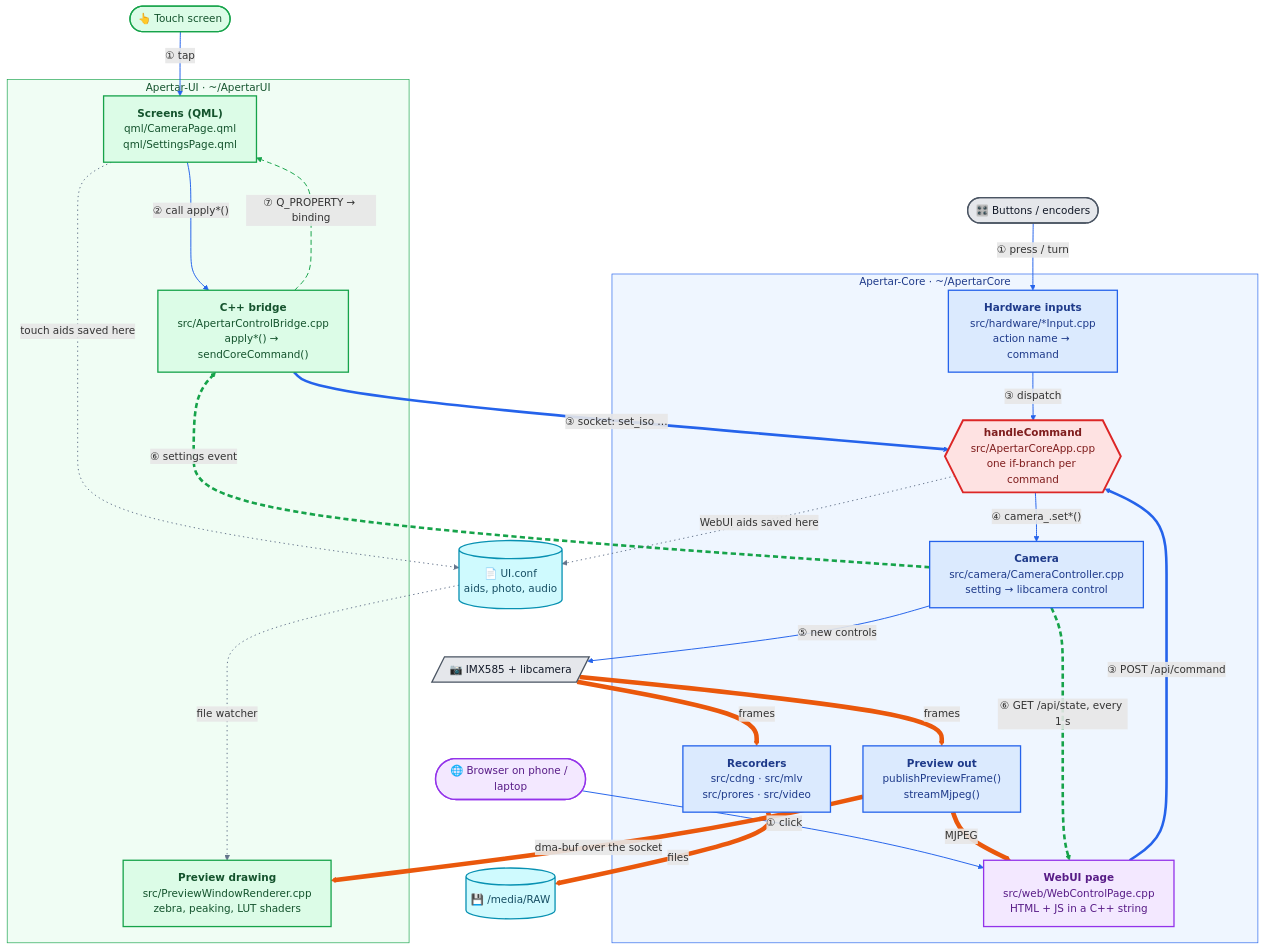
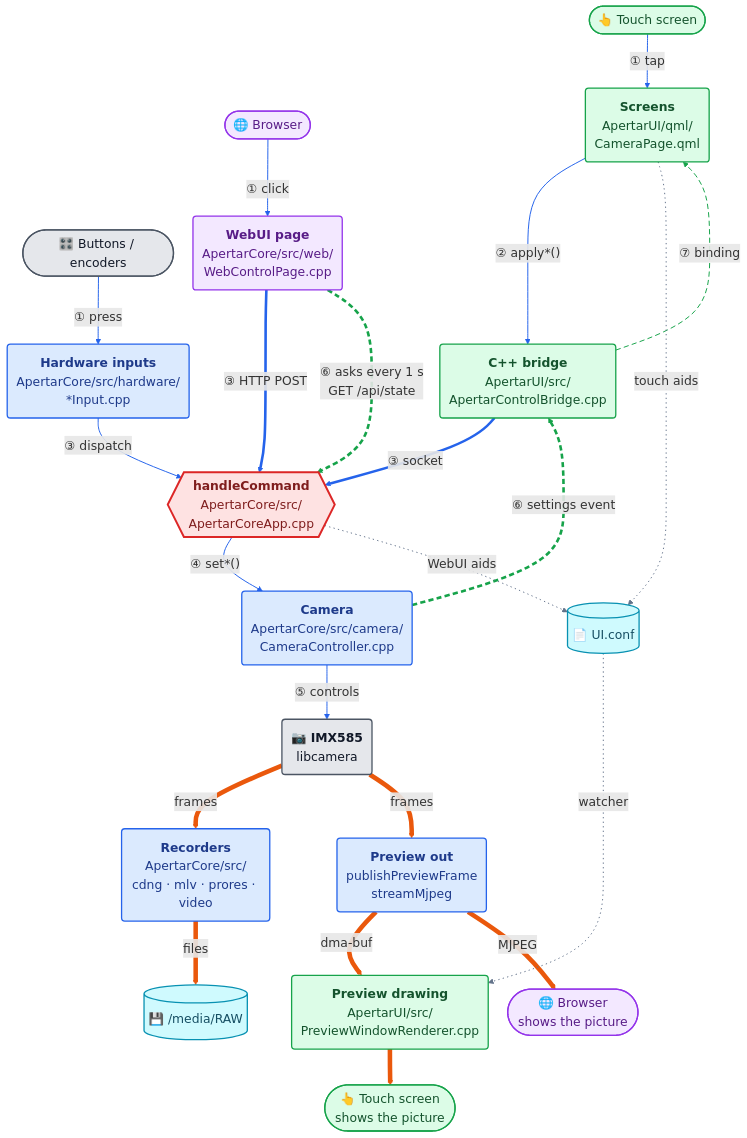
One commit to Tiramisioux/apertar-kb changed the first of 4 diagrams in architecture/diagrams.md. Above: the diagram before and after it, drawn with Mermaid. The commit also changed other lines of this file, not shown here.

Commit message:
docs: layered coding map, rounded boxes, code examples per arrow
Why: a top-to-bottom map with fewer crossings reads as a reference;
the legend shows what actually travels on each numbered arrow (socket
line, HTTP call, event, UI.conf line) for one ISO change.
Also: the WebUI state arrow now points from the page to Core, because
the page polls; Core pushes only to socket clients.

Tested: desk only (rendered with mermaid 11.4.1)

````diff
--- a/architecture/diagrams.md
+++ b/architecture/diagrams.md
@@ -29,71 +31,71 @@
 ```mermaid
+%%{init: {"flowchart": {"curve": "basis", "nodeSpacing": 30, "rankSpacing": 55, "padding": 14}, "themeVariables": {"fontSize": "19px"}}}%%
 flowchart TB
-  TOUCH(["👆 Touch screen"])
-  BROWSER(["🌐 Browser on phone / laptop"])
-  BTN(["🎛️ Buttons / encoders"])
-  SENSOR[/"📷 IMX585 + libcamera"/]
+    TOUCH(["👆 Touch screen"])
+    BROWSER(["🌐 Browser"])
+    BTN(["🎛️ Buttons / encoders"])
 
-  subgraph UIREPO["Apertar-UI  ·  ~/ApertarUI"]
-    QML["<b>Screens (QML)</b><br/>qml/CameraPage.qml<br/>qml/SettingsPage.qml"]
-    BRIDGE["<b>C++ bridge</b><br/>src/ApertarControlBridge.cpp<br/>apply*() → sendCoreCommand()"]
-    RENDER["<b>Preview drawing</b><br/>src/PreviewWindowRenderer.cpp<br/>zebra, peaking, LUT shaders"]
-  end
+    QML("<b>Screens</b><br/>ApertarUI/qml/<br/>CameraPage.qml")
+    BRIDGE("<b>C++ bridge</b><br/>ApertarUI/src/<br/>ApertarControlBridge.cpp")
+    WEBPAGE("<b>WebUI page</b><br/>ApertarCore/src/web/<br/>WebControlPage.cpp")
+    HWIN("<b>Hardware inputs</b><br/>ApertarCore/src/hardware/<br/>*Input.cpp")
 
-  subgraph COREREPO["Apertar-Core  ·  ~/ApertarCore"]
-    WEBPAGE["<b>WebUI page</b><br/>src/web/WebControlPage.cpp<br/>HTML + JS in a C++ string"]
-    HWIN["<b>Hardware inputs</b><br/>src/hardware/*Input.cpp<br/>action name → command"]
-    HUB{{"<b>handleCommand</b><br/>src/ApertarCoreApp.cpp<br/>one if-branch per command"}}
-    CAM["<b>Camera</b><br/>src/camera/CameraController.cpp<br/>setting → libcamera control"]
-    RECS["<b>Recorders</b><br/>src/cdng · src/mlv<br/>src/prores · src/video"]
-    PUB["<b>Preview out</b><br/>publishPreviewFrame()<br/>streamMjpeg()"]
-  end
+    HUB{{"<b>handleCommand</b><br/>ApertarCore/src/<br/>ApertarCoreApp.cpp"}}
 
-  DISK[("💾 /media/RAW")]
-  UICONF[("📄 UI.conf<br/>aids, photo, audio")]
+    CAM("<b>Camera</b><br/>ApertarCore/src/camera/<br/>CameraController.cpp")
+    SENSOR("<b>📷 IMX585</b><br/>libcamera")
+
+    RECS("<b>Recorders</b><br/>ApertarCore/src/<br/>cdng · mlv · prores · video")
+    PUB("<b>Preview out</b><br/>publishPreviewFrame<br/>streamMjpeg")
+
+    DISK[("💾 /media/RAW")]
+    UICONF[("📄 UI.conf")]
+    RENDER("<b>Preview drawing</b><br/>ApertarUI/src/<br/>PreviewWindowRenderer.cpp")
+    SCREEN(["👆 Touch screen<br/>shows the picture"])
+    BROWSEROUT(["🌐 Browser<br/>shows the picture"])
 
   TOUCH -- "① tap" --> QML
-  QML -- "② call apply*()" --> BRIDGE
-  BRIDGE -- "③ socket: set_iso …" --> HUB
+  QML -- "② apply*()" --> BRIDGE
+  BRIDGE -- "③ socket" --> HUB
   BROWSER -- "① click" --> WEBPAGE
-  WEBPAGE -- "③ POST /api/command" --> HUB
-  BTN -- "① press / turn" --> HWIN
+  WEBPAGE -- "③ HTTP POST" --> HUB
+  BTN -- "① press" --> HWIN
   HWIN -- "③ dispatch" --> HUB
-  HUB -- "④ camera_.set*()" --> CAM
-  CAM -- "⑤ new controls" --> SENSOR
+  HUB -- "④ set*()" --> CAM
+  CAM -- "⑤ controls" --> SENSOR
 
   SENSOR == "frames" ==> RECS
   RECS == "files" ==> DISK
   SENSOR == "frames" ==> PUB
-  PUB == "dma-buf over the socket" ==> RENDER
-  PUB == "MJPEG" ==> WEBPAGE
+  PUB == "dma-buf" ==> RENDER
+  RENDER ==> SCREEN
+  PUB == "MJPEG" ==> BROWSEROUT
 
   CAM -- "⑥ settings event" ---> BRIDGE
-  CAM -- "⑥ GET /api/state, every 1 s" ---> WEBPAGE
-  BRIDGE -- "⑦ Q_PROPERTY → binding" ---> QML
+  WEBPAGE -- "⑥ asks every 1 s<br/>GET /api/state" ---> HUB
+  BRIDGE -- "⑦ binding" ---> QML
 
-  QML -. "touch aids saved here" .-> UICONF
-  HUB -. "WebUI aids saved here" .-> UICONF
-  UICONF -. "file watcher" .-> RENDER
+  QML -. "touch aids" .-> UICONF
+  HUB -. "WebUI aids" .-> UICONF
+  UICONF -. "watcher" .-> RENDER
 
   classDef ui fill:#dcfce7,stroke:#16a34a,color:#14532d,stroke-width:2px
   classDef core fill:#dbeafe,stroke:#2563eb,color:#1e3a8a,stroke-width:2px
   classDef web fill:#f3e8ff,stroke:#9333ea,color:#581c87,stroke-width:2px
   classDef hw fill:#e5e7eb,stroke:#4b5563,color:#111827,stroke-width:2px
   classDef file fill:#cffafe,stroke:#0891b2,color:#164e63,stroke-width:2px
   classDef hub fill:#fee2e2,stroke:#dc2626,color:#7f1d1d,stroke-width:3px
-  class QML,BRIDGE,RENDER,TOUCH ui
+  class QML,BRIDGE,RENDER,TOUCH,SCREEN ui
   class CAM,RECS,PUB,HWIN core
-  class WEBPAGE,BROWSER web
+  class WEBPAGE,BROWSER,BROWSEROUT web
   class SENSOR,BTN hw
   class DISK,UICONF file
   class HUB hub
-  style UIREPO fill:#f0fdf4,stroke:#16a34a,color:#14532d
-  style COREREPO fill:#eff6ff,stroke:#2563eb,color:#1e3a8a
 
   linkStyle 0,1,3,5,6,7,8 stroke:#2563eb,stroke-width:1.5px
   linkStyle 2,4 stroke:#2563eb,stroke-width:4px
-  linkStyle 9,10,11,12,13 stroke:#ea580c,stroke-width:7px
-  linkStyle 16 stroke:#16a34a,stroke-width:1.5px,stroke-dasharray:8 5
-  linkStyle 14,15 stroke:#16a34a,stroke-width:4px,stroke-dasharray:8 5
-  linkStyle 17,18,19 stroke:#64748b,stroke-width:1.5px,stroke-dasharray:2 5
+  linkStyle 9,10,11,12,13,14 stroke:#ea580c,stroke-width:7px
+  linkStyle 17 stroke:#16a34a,stroke-width:1.5px,stroke-dasharray:8 5
+  linkStyle 15,16 stroke:#16a34a,stroke-width:4px,stroke-dasharray:8 5
+  linkStyle 18,19,20 stroke:#64748b,stroke-width:1.5px,stroke-dasharray:2 5
 ```
````
